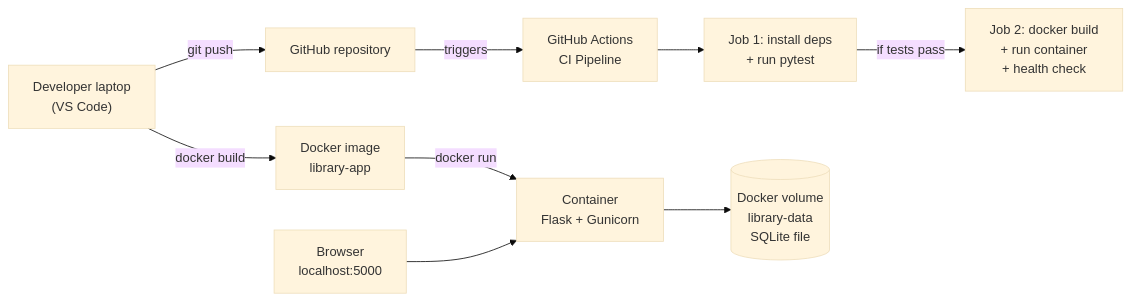
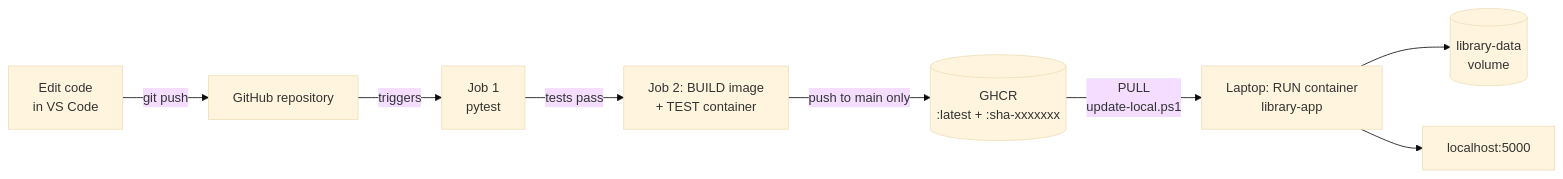
The diagram in README.md (bhavyaparti11/library-management-system), drawn with Mermaid (base theme) before and after one commit. The commit also changed other lines of this file and 17 other files, not shown here.

First line of the commit message:
Version 2: dashboard redesign, dev mode, and GHCR image publishing

````diff
--- a/README.md
+++ b/README.md
@@ -31,11 +34,10 @@
 ```mermaid
 flowchart LR
-    Dev["Developer laptop<br/>(VS Code)"] -->|git push| Repo["GitHub repository"]
-    Repo -->|triggers| CI["GitHub Actions<br/>CI Pipeline"]
-    CI --> Test["Job 1: install deps<br/>+ run pytest"]
-    Test -->|if tests pass| Build["Job 2: docker build<br/>+ run container<br/>+ health check"]
-    Dev -->|docker build| Image["Docker image<br/>library-app"]
-    Image -->|docker run| Container["Container<br/>Flask + Gunicorn"]
-    Container --> Volume[("Docker volume<br/>library-data<br/>SQLite file")]
-    Browser["Browser<br/>localhost:5000"] --> Container
+    Code["Edit code<br/>in VS Code"] -->|git push| Repo["GitHub repository"]
+    Repo -->|triggers| Test["Job 1<br/>pytest"]
+    Test -->|tests pass| Build["Job 2: BUILD image<br/>+ TEST container"]
+    Build -->|push to main only| GHCR[("GHCR<br/>:latest + :sha-xxxxxxx")]
+    GHCR -->|PULL<br/>update-local.ps1| Laptop["Laptop: RUN container<br/>library-app"]
+    Laptop --> Volume[("library-data<br/>volume")]
+    Laptop --> Browser["localhost:5000"]
 ```
````
